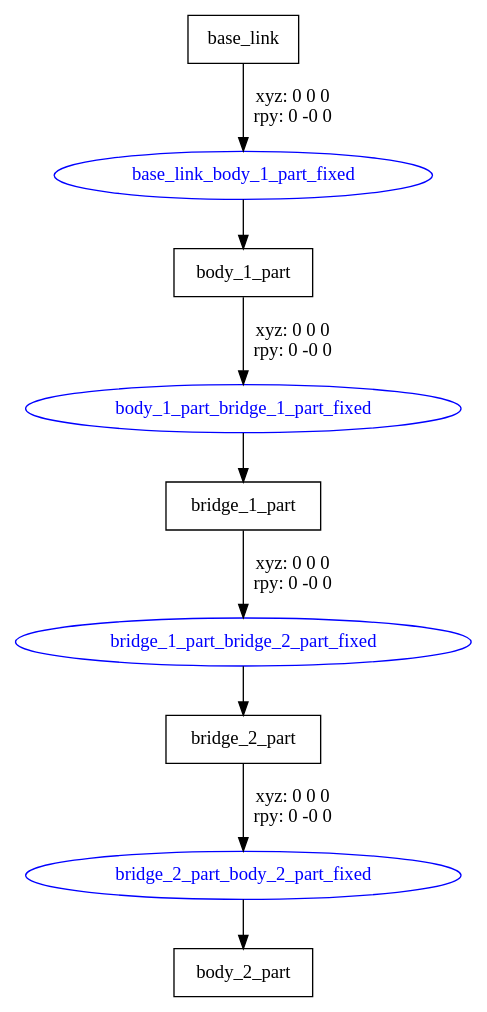
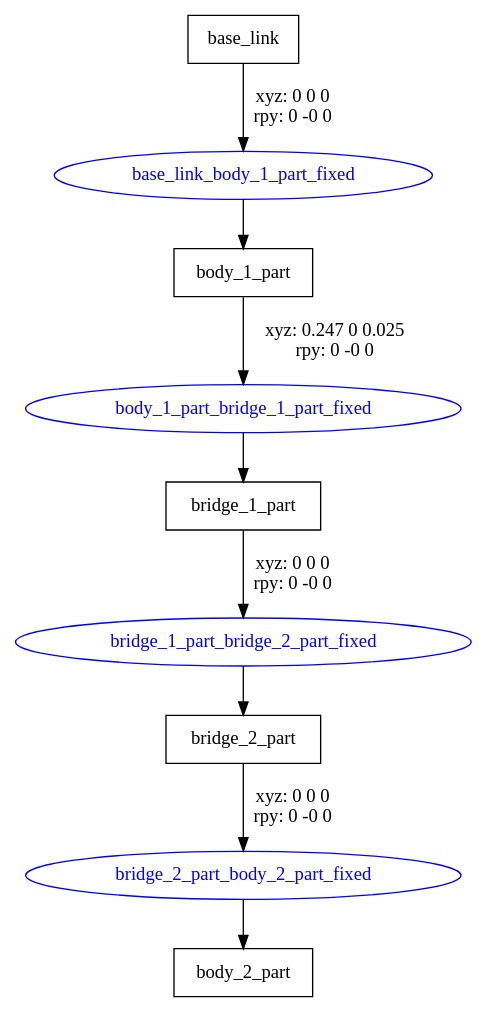
One commit to Lupasic/strirus_gazebo_simulation changed the diagram in strirus_robot_description/urdf/Strirus_gamma.gv. Above: the diagram before and after it, drawn with Graphviz. The commit also changed 7 other files, not shown here.

Commit message:
body and segment part were finished, both rviz and gazebo launch files were written

```diff
--- a/strirus_robot_description/urdf/Strirus_gamma.gv
+++ b/strirus_robot_description/urdf/Strirus_gamma.gv
@@ -1,17 +1,17 @@
 digraph G {
 node [shape=box];
 "base_link" [label="base_link"];
 "body_1_part" [label="body_1_part"];
 "bridge_1_part" [label="bridge_1_part"];
 "bridge_2_part" [label="bridge_2_part"];
 "body_2_part" [label="body_2_part"];
 node [shape=ellipse, color=blue, fontcolor=blue];
 "base_link" -> "base_link_body_1_part_fixed" [label="xyz: 0 0 0 \nrpy: 0 -0 0"]
 "base_link_body_1_part_fixed" -> "body_1_part"
-"body_1_part" -> "body_1_part_bridge_1_part_fixed" [label="xyz: 0 0 0 \nrpy: 0 -0 0"]
+"body_1_part" -> "body_1_part_bridge_1_part_fixed" [label="xyz: 0.247 0 0.025 \nrpy: 0 -0 0"]
 "body_1_part_bridge_1_part_fixed" -> "bridge_1_part"
 "bridge_1_part" -> "bridge_1_part_bridge_2_part_fixed" [label="xyz: 0 0 0 \nrpy: 0 -0 0"]
 "bridge_1_part_bridge_2_part_fixed" -> "bridge_2_part"
 "bridge_2_part" -> "bridge_2_part_body_2_part_fixed" [label="xyz: 0 0 0 \nrpy: 0 -0 0"]
 "bridge_2_part_body_2_part_fixed" -> "body_2_part"
 }
```
